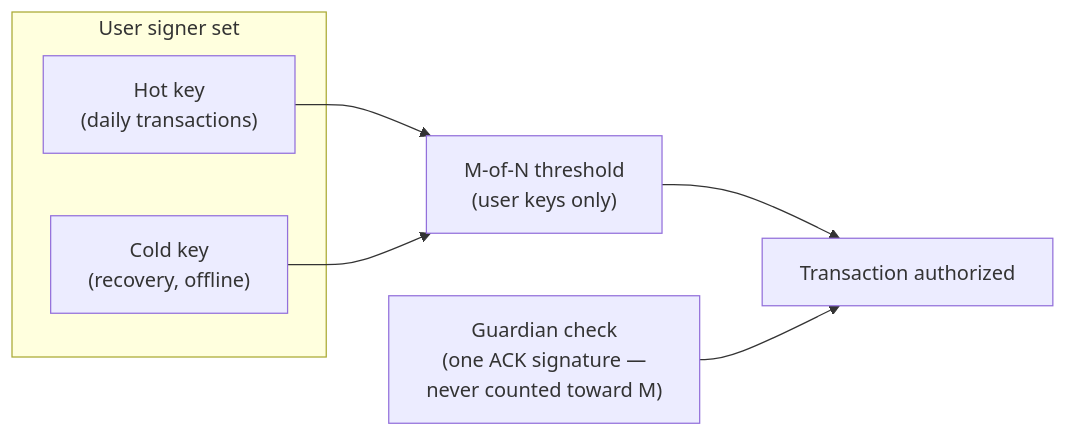
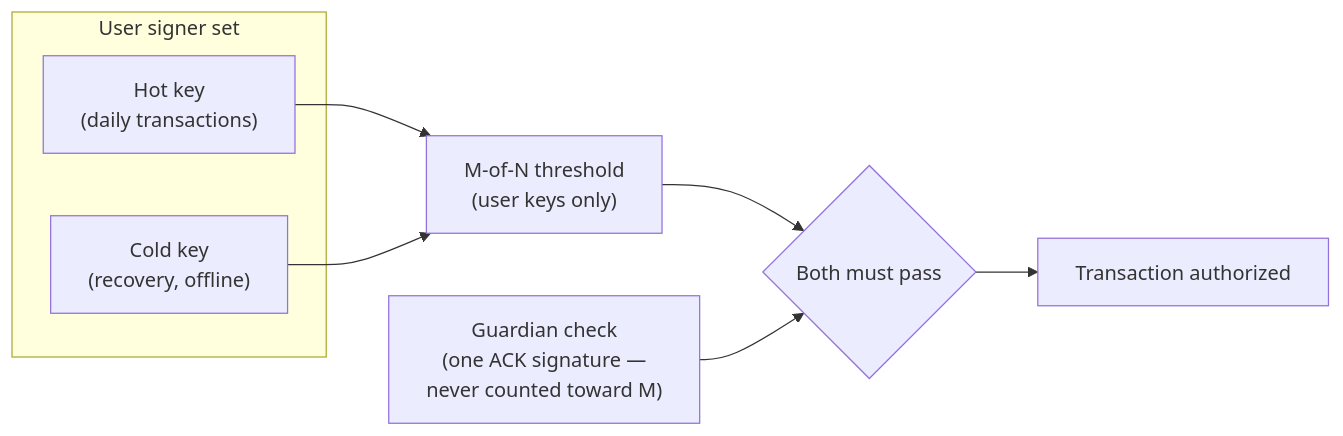
The first of 4 diagrams in docs/CONCEPTS.md (OpenZeppelin/guardian), drawn with Mermaid before and after one commit. The commit also changed other lines of this file, not shown here.

````diff
--- a/docs/CONCEPTS.md
+++ b/docs/CONCEPTS.md
@@ -37,14 +37,16 @@
 ```mermaid
 flowchart LR
   subgraph S["User signer set"]
     H["Hot key<br/>(daily transactions)"]
     C["Cold key<br/>(recovery, offline)"]
   end
   T["M-of-N threshold<br/>(user keys only)"]
   G["Guardian check<br/>(one ACK signature —<br/>never counted toward M)"]
+  B{"Both must pass"}
   A["Transaction authorized"]
   H --> T
   C --> T
-  T --> A
-  G --> A
+  T --> B
+  G --> B
+  B --> A
 ```
````
